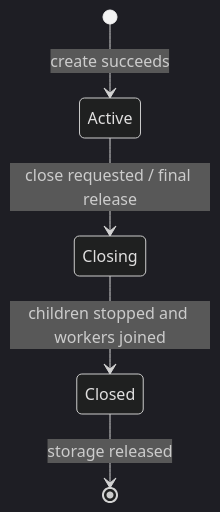
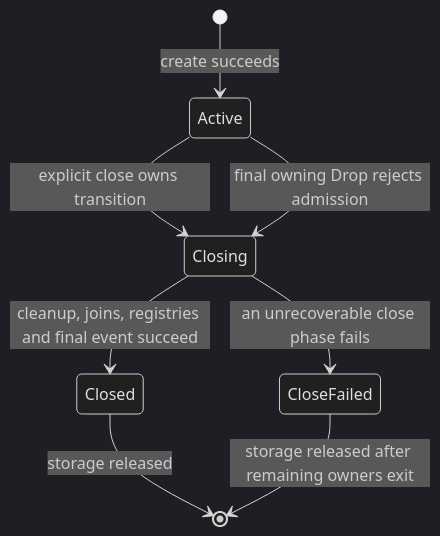
The second of 7 diagrams in docs/architecture/runtime-lifecycle.md (XiaoyuBook/easycon-sdk), drawn with Mermaid (dark theme) before and after one commit. The commit also changed other lines of this file and 12 other files, not shown here.

````diff
--- a/docs/architecture/runtime-lifecycle.md
+++ b/docs/architecture/runtime-lifecycle.md
@@ -43,7 +44,10 @@
 ```mermaid
 stateDiagram-v2
     [*] --> Active: create succeeds
-    Active --> Closing: close requested / final release
-    Closing --> Closed: children stopped and workers joined
+    Active --> Closing: explicit close owns transition
+    Active --> Closing: final owning Drop rejects admission
+    Closing --> Closed: cleanup, joins, registries and final event succeed
+    Closing --> CloseFailed: an unrecoverable close phase fails
     Closed --> [*]: storage released
+    CloseFailed --> [*]: storage released after remaining owners exit
 ```
````
